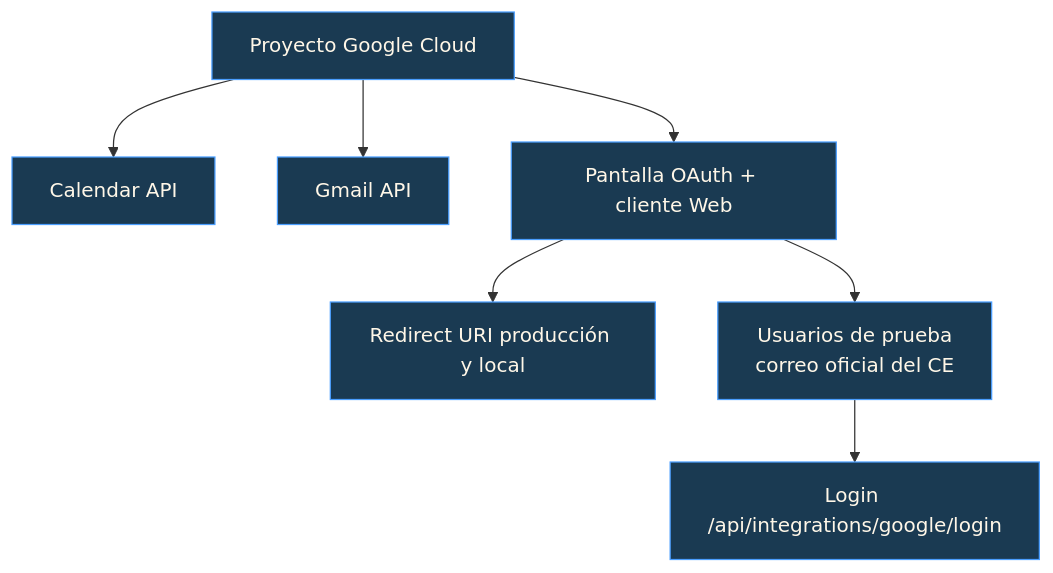
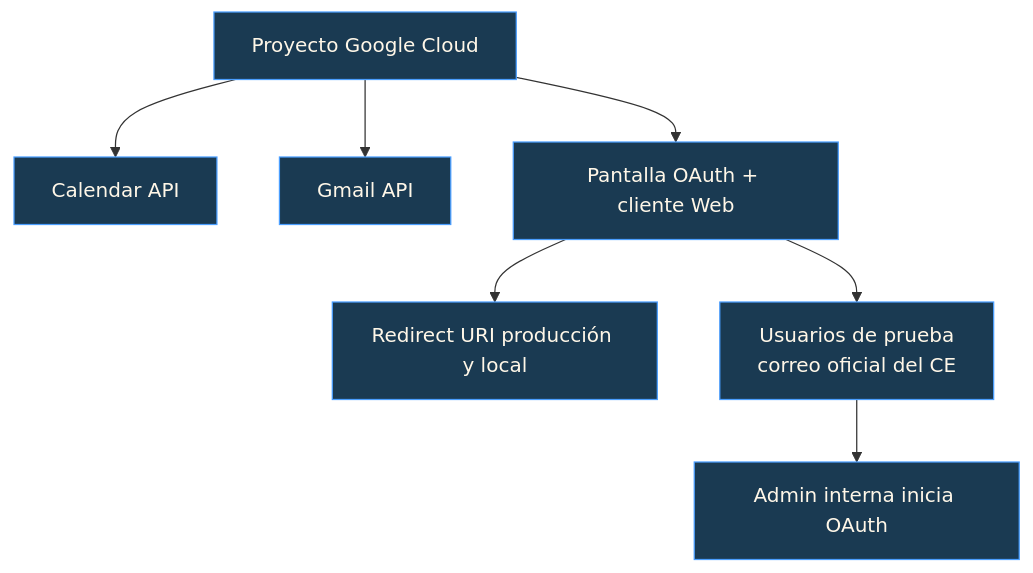
One commit to JackStar6677-1/CCAACalendar changed diagram 15 of 16 in README.md. Above: the diagram before and after it, drawn with Mermaid. The commit also changed other lines of this file and 16 other files, not shown here.

````diff
--- a/README.md
+++ b/README.md
@@ -364,12 +369,12 @@
 ```mermaid
 flowchart TB
     GC[Proyecto Google Cloud] --> API1[Calendar API]
     GC --> API2[Gmail API]
     GC --> OAuth[Pantalla OAuth + cliente Web]
     OAuth --> RU[Redirect URI producción y local]
     OAuth --> TU[Usuarios de prueba\ncorreo oficial del CE]
-    TU --> OK["Login /api/integrations/google/login"]
+    TU --> OK["Admin interna inicia OAuth"]
 
     classDef cloud fill:#1a3a52,stroke:#4a9eff,color:#fff7e8
     class GC,API1,API2,OAuth,RU,TU,OK cloud
 ```
````
